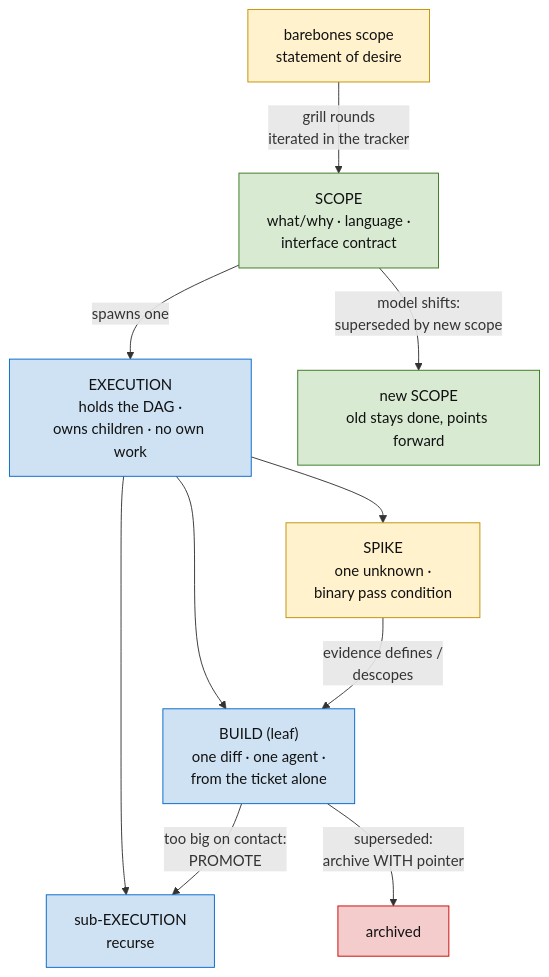
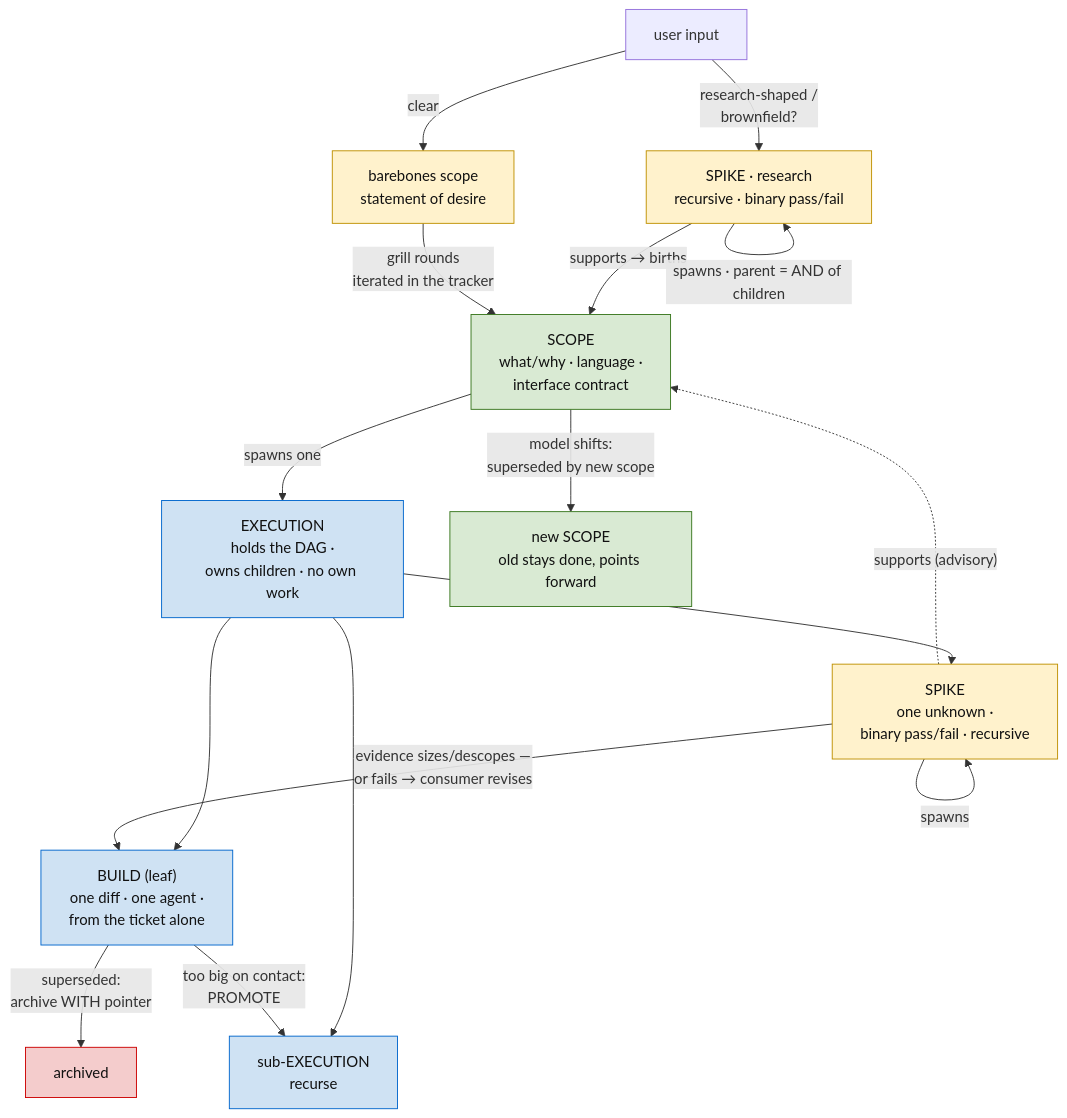
The first of 2 diagrams in skills/methodology/SKILL.md (hypermemetic-ai/skills), drawn with Mermaid before and after one commit. The commit also changed other lines of this file and 1 other file, not shown here.

Commit message:
docs(methodology): research-spike on-ramp, recursive spikes, supports edge

````diff
--- a/skills/methodology/SKILL.md
+++ b/skills/methodology/SKILL.md
@@ -17,21 +17,27 @@
 ```mermaid
 graph TD
-  IDEA["barebones scope<br/>statement of desire"] -->|"grill rounds<br/>iterated in the tracker"| SCOPE
+  INPUT["user input"] -->|"research-shaped /<br/>brownfield?"| RSPK["SPIKE · research<br/>recursive · binary pass/fail"]
+  INPUT -->|"clear"| IDEA["barebones scope<br/>statement of desire"]
+  RSPK -->|"supports → births"| SCOPE
+  RSPK -->|"spawns · parent = AND of children"| RSPK
+  IDEA -->|"grill rounds<br/>iterated in the tracker"| SCOPE
   SCOPE["SCOPE<br/>what/why · language ·<br/>interface contract"] -->|"spawns one"| EXEC
-  EXEC["EXECUTION<br/>holds the DAG ·<br/>owns children · no own work"] --> SPIKE["SPIKE<br/>one unknown ·<br/>binary pass condition"]
+  EXEC["EXECUTION<br/>holds the DAG ·<br/>owns children · no own work"] --> SPIKE["SPIKE<br/>one unknown ·<br/>binary pass/fail · recursive"]
   EXEC --> BUILD["BUILD (leaf)<br/>one diff · one agent ·<br/>from the ticket alone"]
   EXEC --> SUB["sub-EXECUTION<br/>recurse"]
-  SPIKE -->|"evidence defines /<br/>descopes"| BUILD
+  SPIKE -->|"spawns"| SPIKE
+  SPIKE -->|"evidence sizes/descopes —<br/>or fails → consumer revises"| BUILD
+  SPIKE -.->|"supports (advisory)"| SCOPE
   BUILD -->|"too big on contact:<br/>PROMOTE"| SUB
   BUILD -->|"superseded:<br/>archive WITH pointer"| CXL["archived"]
   SCOPE -->|"model shifts:<br/>superseded by new scope"| SCOPE2["new SCOPE<br/>old stays done, points forward"]
-  %% blocked-ness is not a node state — it is derived from dependency edges
+  %% blocked-ness is derived from depends_on; supports/research edges never block
   classDef canon fill:#d9ead3,stroke:#38761d,color:#111;
   classDef ex fill:#cfe2f3,stroke:#0066cc,color:#111;
   classDef f fill:#fff2cc,stroke:#bf9000,color:#111;
   classDef x fill:#f4cccc,stroke:#cc0000,color:#111;
   class SCOPE,SCOPE2 canon;
   class EXEC,SUB,BUILD ex;
-  class IDEA,SPIKE f;
+  class IDEA,SPIKE,RSPK f;
   class CXL x;
 ```
````
